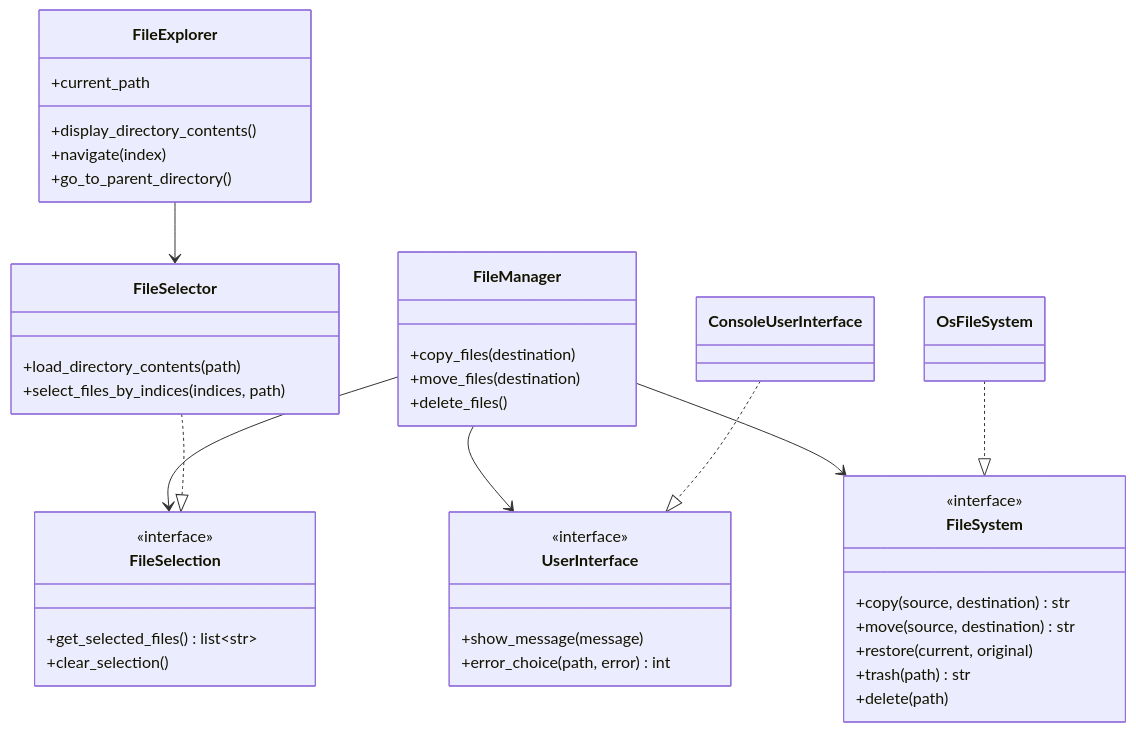
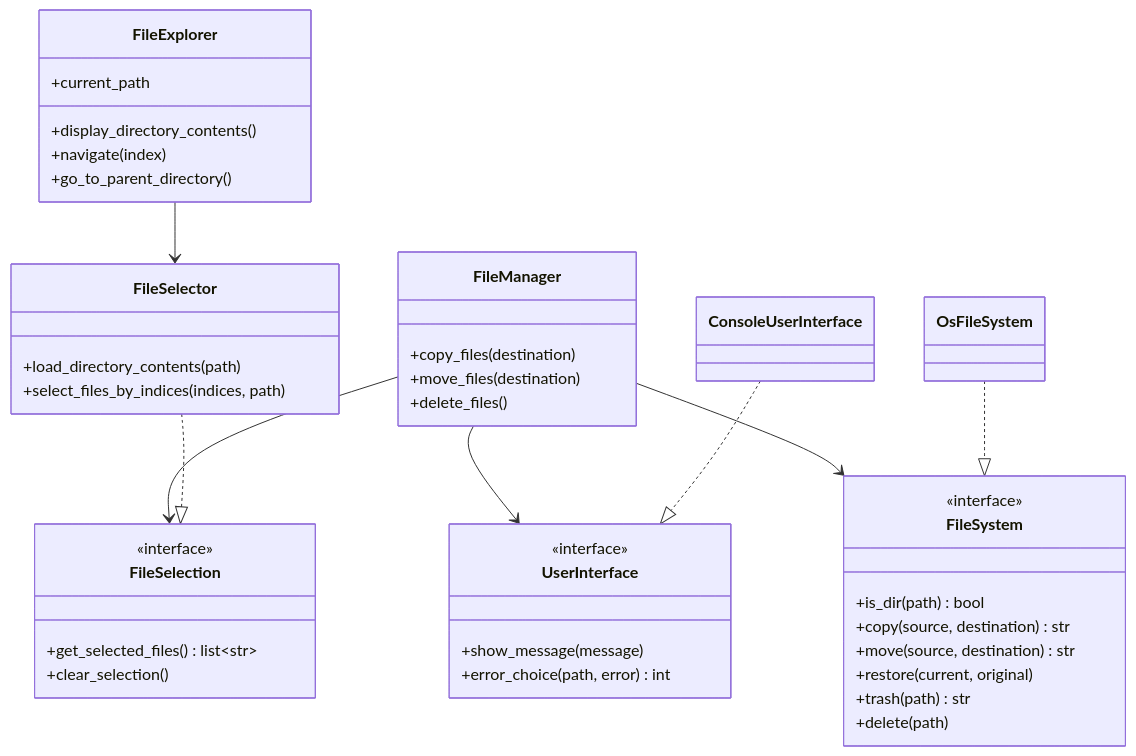
Before and after one commit to AirKyzzZ/fmgr: the diagram in README.md, drawn with Mermaid. The commit also changed other lines of this file, not shown here.

````diff
--- a/README.md
+++ b/README.md
@@ -19,46 +19,47 @@
 ```mermaid
 classDiagram
     class FileSelection {
         <<interface>>
         +get_selected_files() list~str~
         +clear_selection()
     }
     class UserInterface {
         <<interface>>
         +show_message(message)
         +error_choice(path, error) int
     }
     class FileSystem {
         <<interface>>
+        +is_dir(path) bool
         +copy(source, destination) str
         +move(source, destination) str
         +restore(current, original)
         +trash(path) str
         +delete(path)
     }
     class FileManager {
         +copy_files(destination)
         +move_files(destination)
         +delete_files()
     }
     class FileSelector {
         +load_directory_contents(path)
         +select_files_by_indices(indices, path)
     }
     class FileExplorer {
         +current_path
         +display_directory_contents()
         +navigate(index)
         +go_to_parent_directory()
     }
     class ConsoleUserInterface
     class OsFileSystem
 
     FileManager --> FileSelection
     FileManager --> UserInterface
     FileManager --> FileSystem
     FileSelector ..|> FileSelection
     ConsoleUserInterface ..|> UserInterface
     OsFileSystem ..|> FileSystem
     FileExplorer --> FileSelector
 ```
````
